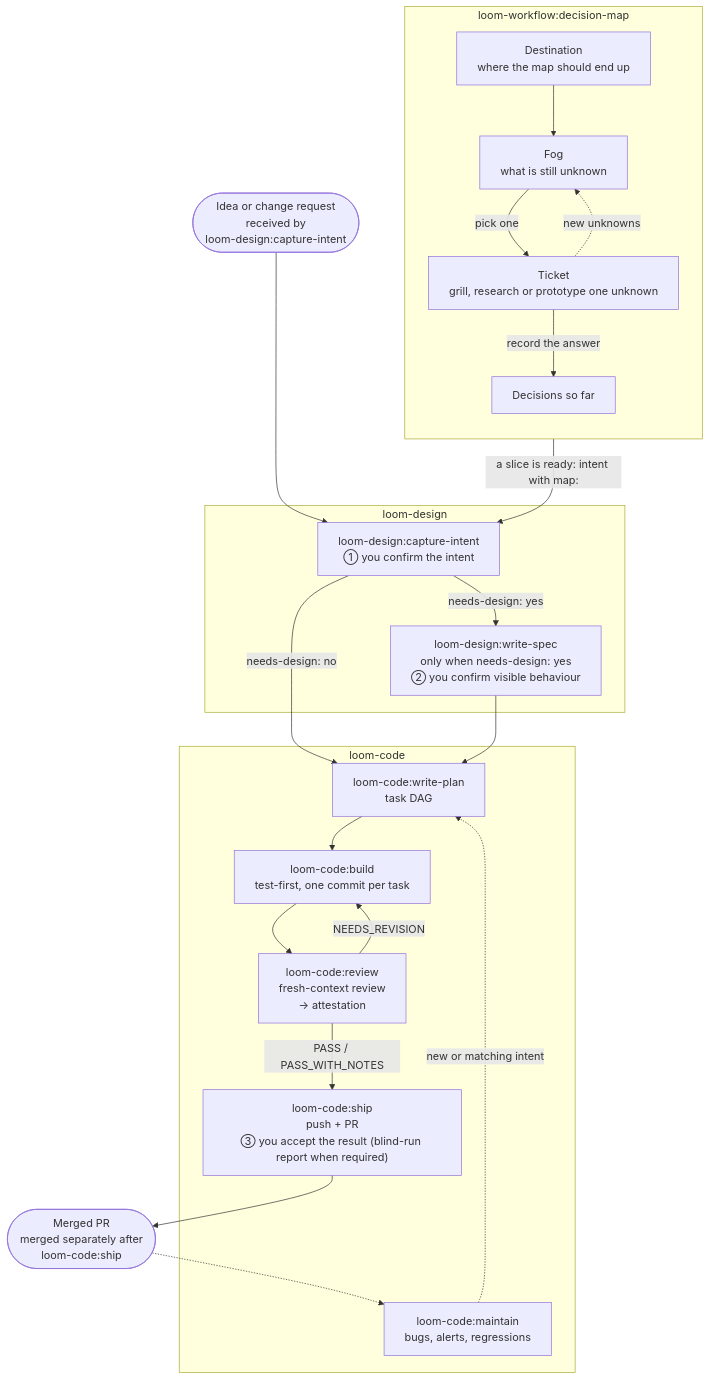
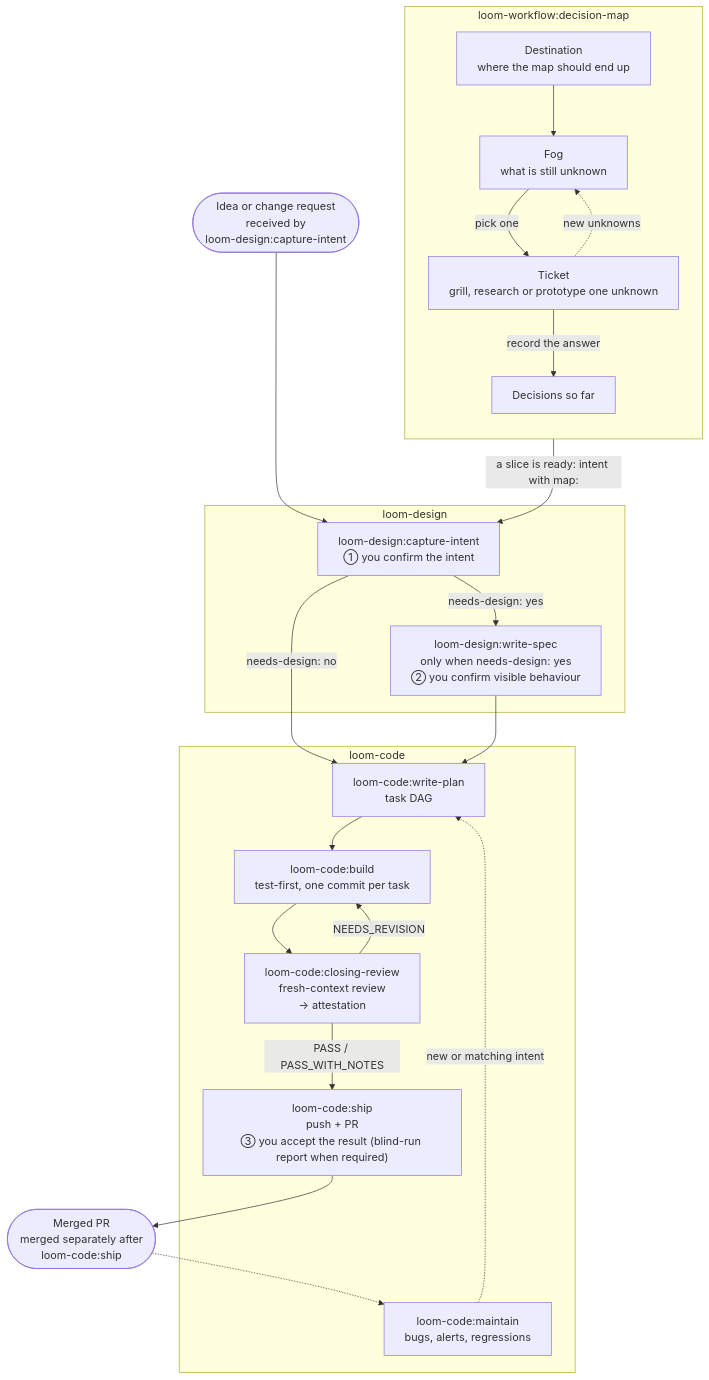
The diagram in README.md (kouko/loom-plugins), drawn with Mermaid before and after one commit. The commit also changed other lines of this file and 91 other files, not shown here.

First line of the commit message:
feat(loom): support Antigravity CLI and rename review to closing-review (#8)

````diff
--- a/README.md
+++ b/README.md
@@ -25,46 +25,46 @@
 ```mermaid
 %%{init: {"flowchart": {"wrappingWidth": 320}}}%%
 flowchart TD
     idea(["Idea or change request<br/>received by<br/>loom-design:capture-intent"])
 
     subgraph dm["loom-workflow:decision-map"]
         direction TB
         dest["Destination<br/>where the map should end up"]
         fog["Fog<br/>what is still unknown"]
         ticket["Ticket<br/>grill, research or prototype one unknown"]
         log["Decisions so far"]
     end
 
     subgraph design["loom-design"]
         intent["loom-design:capture-intent<br/>① you confirm the intent"]
         spec["loom-design:write-spec<br/>only when needs-design: yes<br/>② you confirm visible behaviour"]
     end
 
     subgraph code["loom-code"]
         plan["loom-code:write-plan<br/>task DAG"]
         build["loom-code:build<br/>test-first, one commit per task"]
-        review["loom-code:review<br/>fresh-context review<br/>→ attestation"]
+        review["loom-code:closing-review<br/>fresh-context review<br/>→ attestation"]
         ship["loom-code:ship<br/>push + PR<br/>③ you accept the result (blind-run report when required)"]
         maintain["loom-code:maintain<br/>bugs, alerts, regressions"]
     end
 
     merged(["Merged PR<br/>merged separately after<br/>loom-code:ship"])
 
     idea --> intent
     intent -->|"needs-design: yes"| spec
     intent -->|"needs-design: no"| plan
     spec --> plan
     plan --> build
     build --> review
     review -->|"NEEDS_REVISION"| build
     review -->|"PASS / PASS_WITH_NOTES"| ship
     ship --> merged
     merged -.-> maintain
     maintain -.->|"new or matching intent"| plan
 
     dest --> fog
     fog -->|"pick one"| ticket
     ticket -->|"record the answer"| log
     ticket -.->|"new unknowns"| fog
     dm -->|"a slice is ready: intent with map:"| intent
 ```
````
